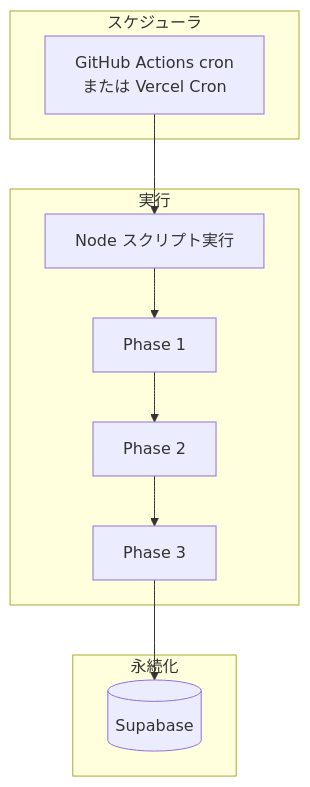
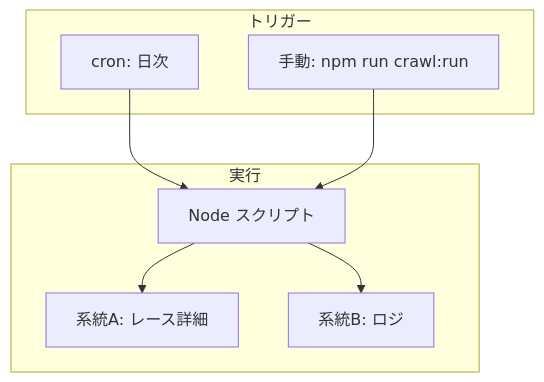
One commit to bokuno-studio/YabaiTravel changed the ninth of 9 diagrams in docs/SPEC_BACKEND_FLOW.md. Above: the diagram before and after it, drawn with Mermaid. The commit also changed other lines of this file and 3 other files, not shown here.

````diff
--- a/docs/SPEC_BACKEND_FLOW.md
+++ b/docs/SPEC_BACKEND_FLOW.md
@@ -190,19 +201,14 @@
 ```mermaid
 flowchart TB
-    subgraph スケジューラ
-        CRON[GitHub Actions cron<br/>または Vercel Cron]
+    subgraph トリガー
+        CRON[cron: 日次]
+        MANUAL[手動: npm run crawl:run]
     end
 
     subgraph 実行
-        CRON --> RUN[Node スクリプト実行]
-        RUN --> P1[Phase 1]
-        P1 --> P2[Phase 2]
-        P2 --> P3[Phase 3]
+        CRON --> RUN[Node スクリプト]
+        MANUAL --> RUN
+        RUN --> RUN_A[系統A: レース詳細]
+        RUN --> RUN_B[系統B: ロジ]
     end
-
-    subgraph 永続化
-        SUP[(Supabase)]
-    end
-
-    P3 --> SUP
 ```
````
